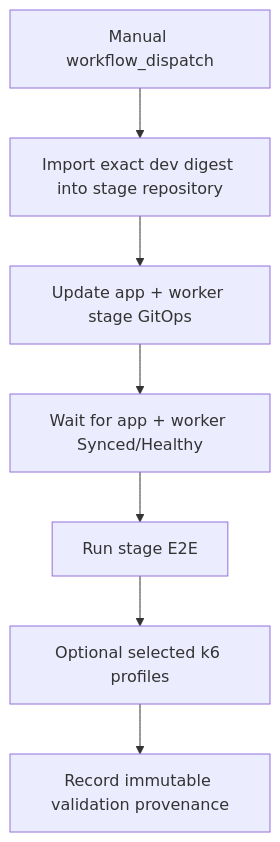
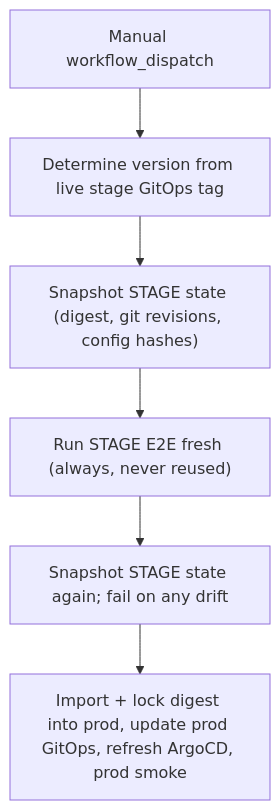
The tenth of 10 diagrams in knauf/docs/reference/agentic-karl-architecture.md (Falenos/LibreChat), drawn with Mermaid before and after one commit. The commit also changed other lines of this file and 4 other files, not shown here.

First line of the commit message:
KK20-195: continuous stage delivery + live before/after promotion gate (#295)

````diff
--- a/knauf/docs/reference/agentic-karl-architecture.md
+++ b/knauf/docs/reference/agentic-karl-architecture.md
@@ -940,12 +951,11 @@
 ```mermaid
 flowchart TB
   manual["Manual workflow_dispatch"]
-  importStage["Import exact dev digest into stage repository"]
-  updateStage["Update app + worker stage GitOps"]
-  argoStage["Wait for app + worker Synced/Healthy"]
-  e2e["Run stage E2E"]
-  perf["Optional selected k6 profiles"]
-  provenance["Record immutable validation provenance"]
+  version["Determine version from live stage GitOps tag"]
+  before["Snapshot STAGE state (digest, git revisions, config hashes)"]
+  e2e["Run STAGE E2E fresh (always, never reused)"]
+  after["Snapshot STAGE state again; fail on any drift"]
+  promote["Import + lock digest into prod, update prod GitOps, refresh ArgoCD, prod smoke"]
 
-  manual --> importStage --> updateStage --> argoStage --> e2e --> perf --> provenance
+  manual --> version --> before --> e2e --> after --> promote
 ```
````
